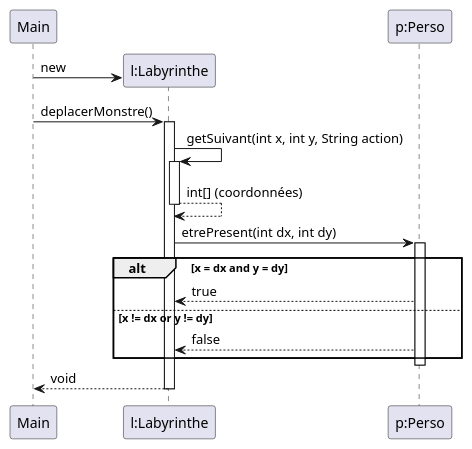
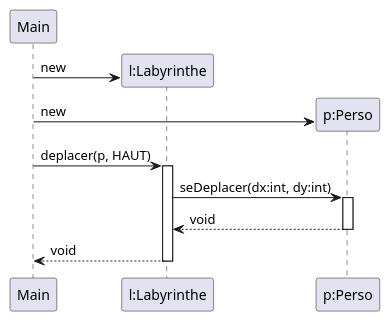
Before and after one commit to WashiFR/2023_Zeldiablo_weier3u_lemeunie6u_chauvel8u_dietric43u: the diagram in documents/version_2/Fonction_4.puml, drawn with PlantUML. The commit also changed 7 other files, not shown here.

Commit message:
Rectification des diagrammes de séquence

```diff
--- a/documents/version_2/Fonction_4.puml
+++ b/documents/version_2/Fonction_4.puml
@@ -1,27 +1,19 @@
 @startuml
 'https://plantuml.com/sequence-diagram
 
 participant Main
-participant "l:Labyrinthe" as l
-participant "p:Perso" as p
-create l
+create "l:Labyrinthe" as l
 Main -> l : new
-Main -> l : deplacerMonstre()
+create "p:Perso" as p
+Main -> p : new
+Main -> l : deplacer(p, HAUT)
 activate l
-l -> l : getSuivant(int x, int y, String action)
-activate l
-l --> l : int[] (coordonnées)
-deactivate l
-l -> p : etrePresent(int dx, int dy)
-alt x = dx and y = dy
+l -> p : seDeplacer(dx:int, dy:int)
 activate p
-p --> l : true
-else x != dx or y != dy
-p --> l : false
-end
+p --> l : void
 deactivate p
 l --> Main : void
 deactivate l
 
 
 @enduml
```
